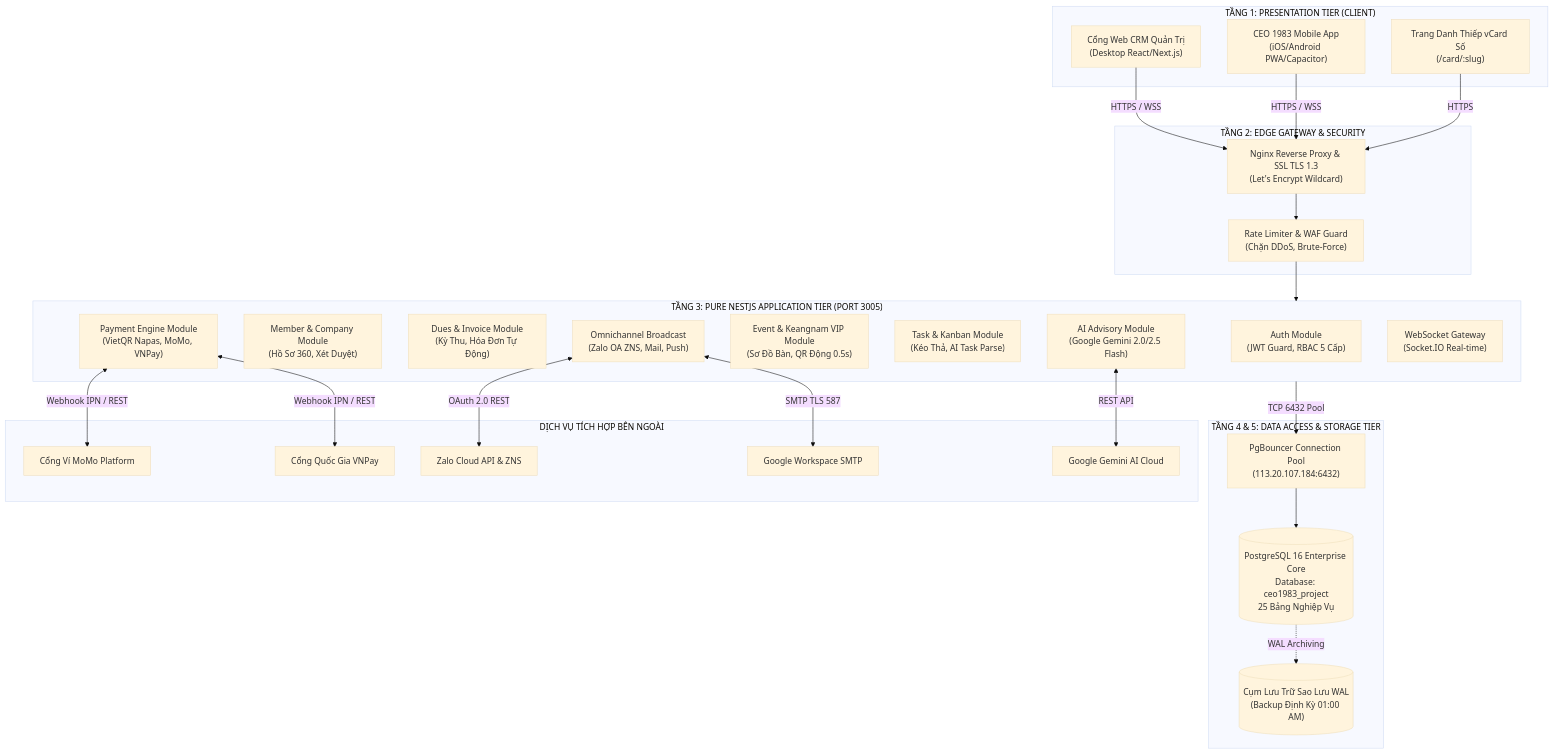
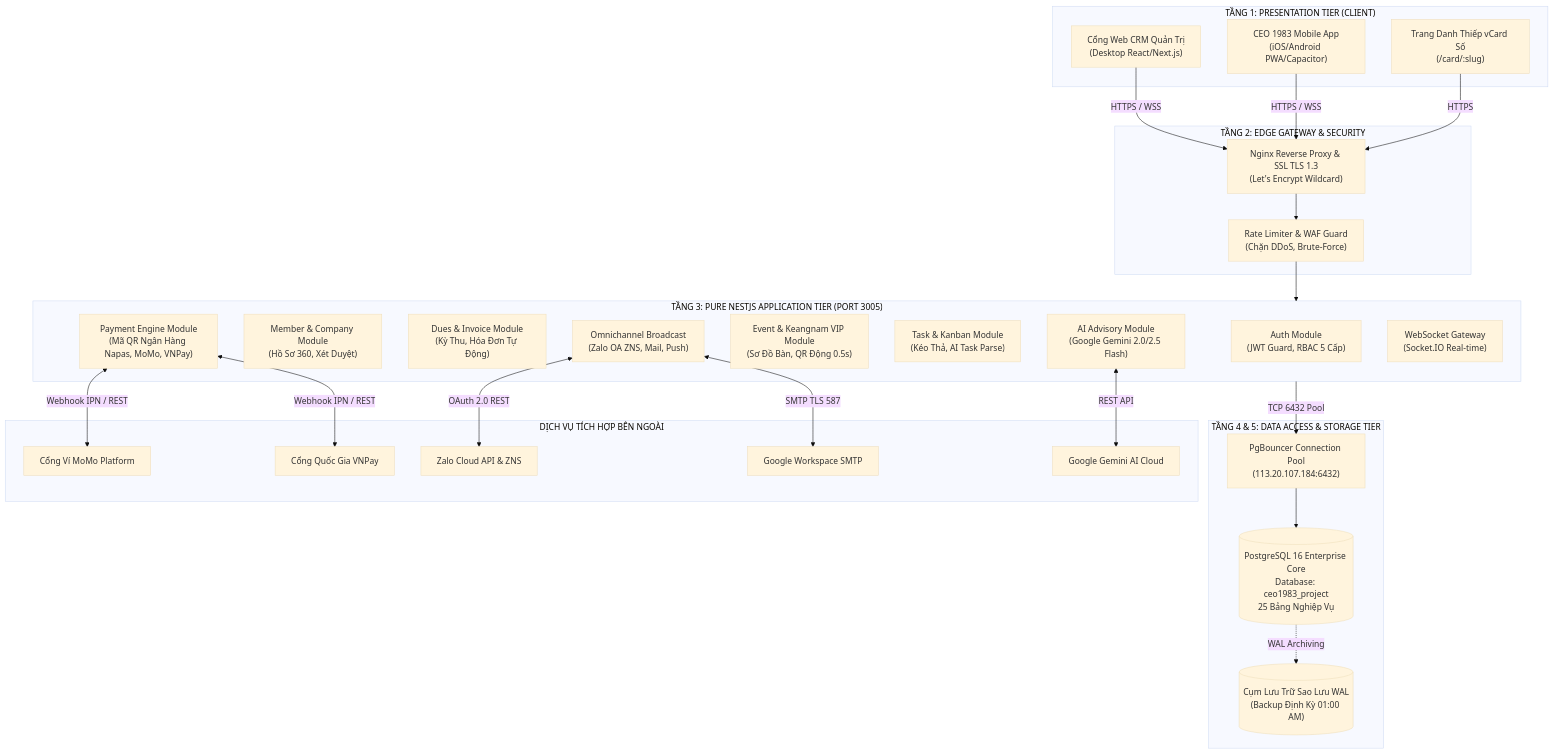
Before and after one commit to viconnect-product-team/ceo1983_project: the first of 3 diagrams in document/notebooklm/11_SDD_THIET_KE_KY_THUAT_KIEN_TRUC_DATABASE.md, drawn with Mermaid (base theme). The commit also changed other lines of this file and 61 other files, not shown here.

````diff
--- a/document/notebooklm/11_SDD_THIET_KE_KY_THUAT_KIEN_TRUC_DATABASE.md
+++ b/document/notebooklm/11_SDD_THIET_KE_KY_THUAT_KIEN_TRUC_DATABASE.md
@@ -75,56 +75,56 @@
 ```mermaid
 flowchart TD
     subgraph Client_Tier["TẦNG 1: PRESENTATION TIER (CLIENT)"]
         CRM["Cổng Web CRM Quản Trị\n(Desktop React/Next.js)"]
         Mobile["CEO 1983 Mobile App\n(iOS/Android PWA/Capacitor)"]
         PublicWeb["Trang Danh Thiếp vCard Số\n(/card/:slug)"]
     end
 
     subgraph Edge_Tier["TẦNG 2: EDGE GATEWAY & SECURITY"]
         Nginx["Nginx Reverse Proxy & SSL TLS 1.3\n(Let's Encrypt Wildcard)"]
         RateLimit["Rate Limiter & WAF Guard\n(Chặn DDoS, Brute-Force)"]
     end
 
     subgraph App_Tier["TẦNG 3: PURE NESTJS APPLICATION TIER (PORT 3005)"]
         AuthModule["Auth Module\n(JWT Guard, RBAC 5 Cấp)"]
         MemberModule["Member & Company Module\n(Hồ Sơ 360, Xét Duyệt)"]
         DuesModule["Dues & Invoice Module\n(Kỳ Thu, Hóa Đơn Tự Động)"]
-        PaymentModule["Payment Engine Module\n(VietQR Napas, MoMo, VNPay)"]
+        PaymentModule["Payment Engine Module\n(Mã QR Ngân Hàng Napas, MoMo, VNPay)"]
         EventModule["Event & Keangnam VIP Module\n(Sơ Đồ Bàn, QR Động 0.5s)"]
         TaskModule["Task & Kanban Module\n(Kéo Thả, AI Task Parse)"]
         AIModule["AI Advisory Module\n(Google Gemini 2.0/2.5 Flash)"]
         OmniModule["Omnichannel Broadcast\n(Zalo OA ZNS, Mail, Push)"]
         SocketGateway["WebSocket Gateway\n(Socket.IO Real-time)"]
     end
 
     subgraph DB_Tier["TẦNG 4 & 5: DATA ACCESS & STORAGE TIER"]
         PgBouncer["PgBouncer Connection Pool\n(113.20.107.184:6432)"]
         PostgresDB[("PostgreSQL 16 Enterprise Core\nDatabase: ceo1983_project\n25 Bảng Nghiệp Vụ")]
         BackupStorage[("Cụm Lưu Trữ Sao Lưu WAL\n(Backup Định Kỳ 01:00 AM)")]
     end
 
     subgraph External_Services["DỊCH VỤ TÍCH HỢP BÊN NGOÀI"]
         MoMoAPI["Cổng Ví MoMo Platform"]
         VNPayAPI["Cổng Quốc Gia VNPay"]
         ZaloAPI["Zalo Cloud API & ZNS"]
         GoogleSMTP["Google Workspace SMTP"]
         GeminiAPI["Google Gemini AI Cloud"]
     end
 
     CRM -->|HTTPS / WSS| Nginx
     Mobile -->|HTTPS / WSS| Nginx
     PublicWeb -->|HTTPS| Nginx
 
     Nginx --> RateLimit
     RateLimit --> App_Tier
 
     App_Tier -->|TCP 6432 Pool| PgBouncer
     PgBouncer --> PostgresDB
     PostgresDB -.->|WAL Archiving| BackupStorage
 
     PaymentModule <-->|Webhook IPN / REST| MoMoAPI
     PaymentModule <-->|Webhook IPN / REST| VNPayAPI
     OmniModule <-->|OAuth 2.0 REST| ZaloAPI
     OmniModule <-->|SMTP TLS 587| GoogleSMTP
     AIModule <-->|REST API| GeminiAPI
 ```
````
